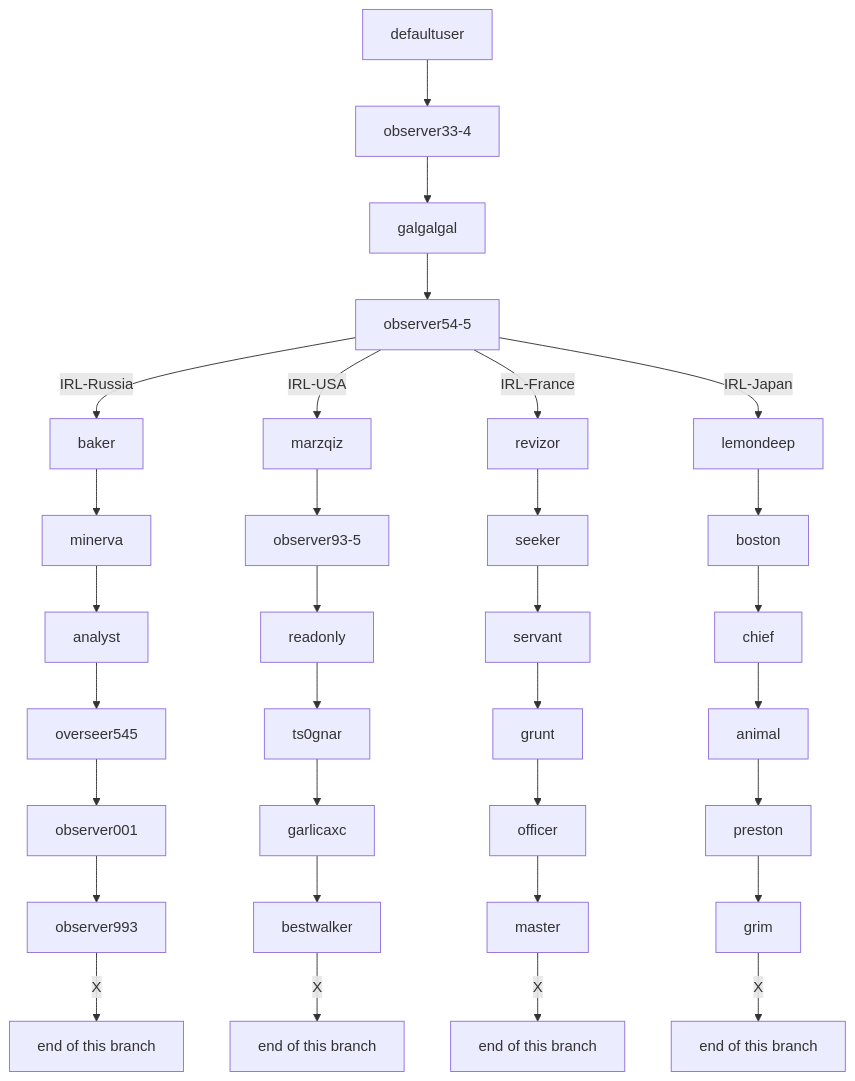
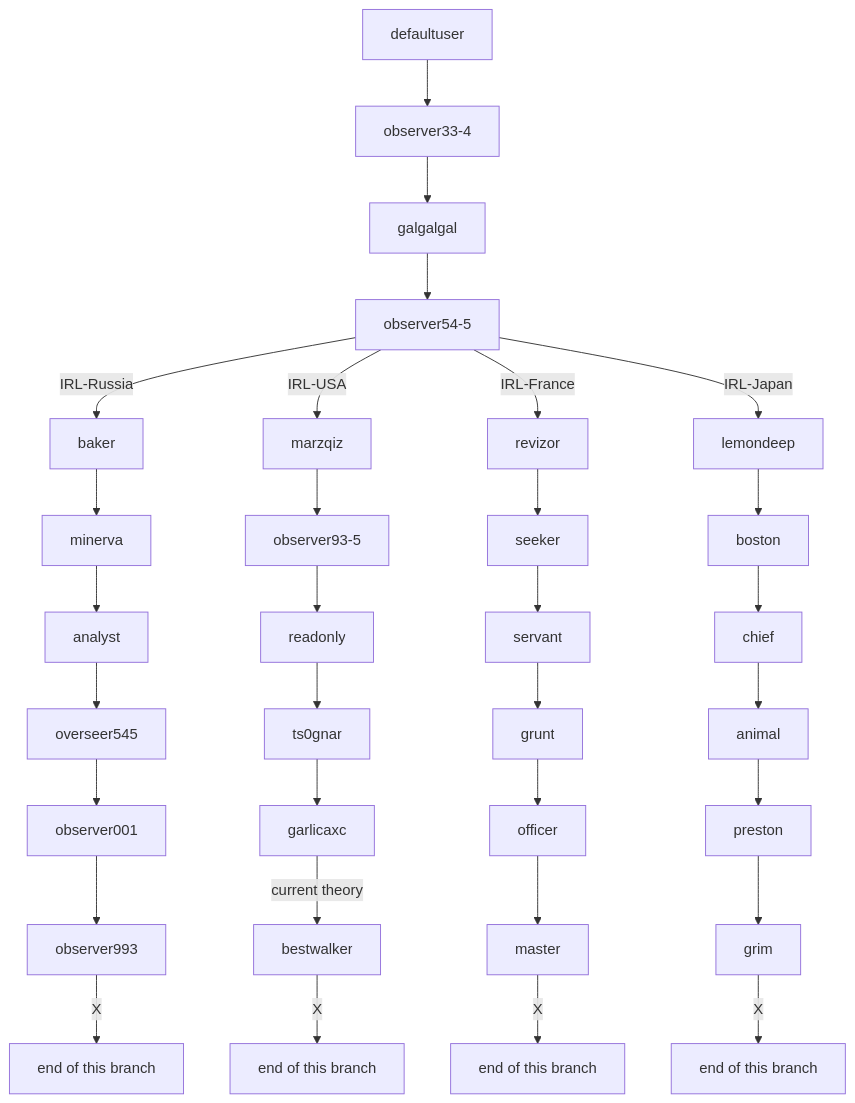
The diagram in README.md (Philsie/ARRS-documentation), drawn with Mermaid before and after one commit. The commit also changed other lines of this file, not shown here.

Commit message:
Update README.md clarify we are not done yet

````diff
--- a/README.md
+++ b/README.md
@@ -44,38 +44,38 @@
 ```mermaid
 graph TD;
     defaultuser --> observer33-4;
     observer33-4 --> galgalgal;
     galgalgal --> observer54-5;
 
     observer54-5 --IRL-Russia--> baker;
     baker --> minerva;
     minerva --> analyst;
     analyst --> overseer545;
     overseer545 --> observer001;
     observer001 --> observer993;
     observer993 --X--> russiaEnd["end of this branch"];
 
     observer54-5 --IRL-USA--> marzqiz;
     marzqiz --> observer93-5;
     observer93-5 --> readonly;
     readonly --> ts0gnar;
     ts0gnar --> garlicaxc;
-    garlicaxc --> bestwalker;
+    garlicaxc --current theory--> bestwalker;
     bestwalker --X--> usaEnd["end of this branch"];
 
     observer54-5 --IRL-France--> revizor;
     revizor --> seeker;
     seeker --> servant;
     servant --> grunt;
     grunt --> officer;
     officer --> master;
     master --X--> franceEnd["end of this branch"];
 
     observer54-5 --IRL-Japan--> lemondeep;
     lemondeep --> boston;
     boston --> chief;
     chief --> animal;
     animal --> preston;
     preston --> grim;
     grim --X--> japanEnd["end of this branch"];
 ```
````
